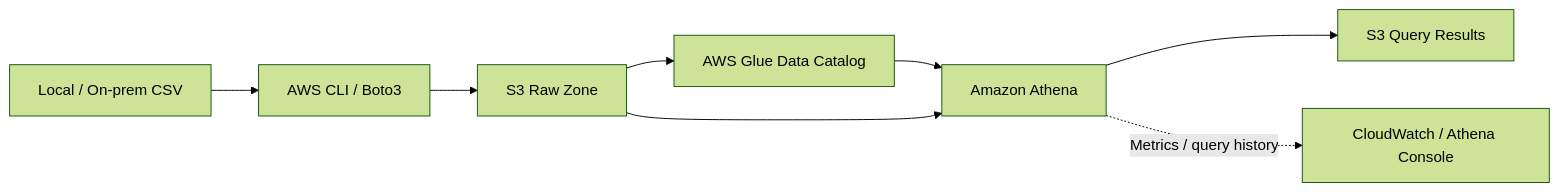
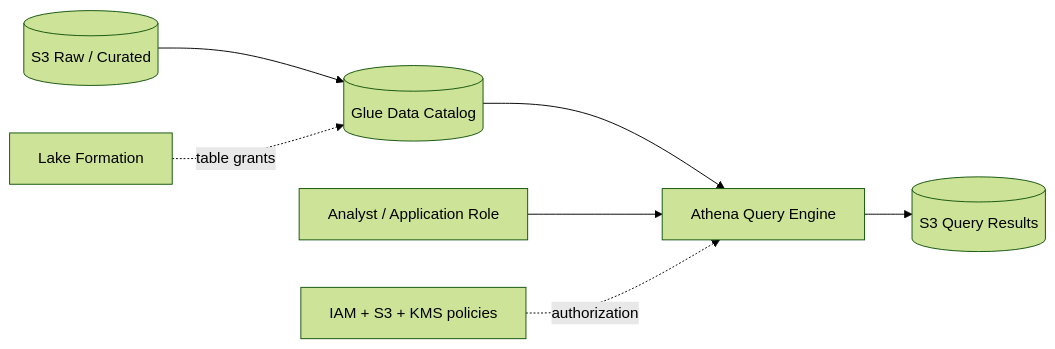
One commit to nguyenngocbinh/aws-usecase-learning-map changed the diagram in docs/aws-services/athena.md. Above: the diagram before and after it, drawn with Mermaid (forest theme). The commit also changed other lines of this file, not shown here.

Commit message:
docs: expand UAT-derived AWS hands-on guidance

```diff
--- a/docs/aws-services/athena.md
+++ b/docs/aws-services/athena.md
@@ -27,10 +30,9 @@
 ~~~mermaid
 flowchart LR
-  SRC["Local / On-prem CSV"] --> UP["AWS CLI / Boto3"]
-  UP --> RAW["S3 Raw Zone"]
-  RAW --> CATALOG["AWS Glue Data Catalog"]
-  CATALOG --> ATHENA["Amazon Athena"]
-  RAW --> ATHENA
-  ATHENA --> RESULT["S3 Query Results"]
-  ATHENA -. "Metrics / query history" .-> CW["CloudWatch / Athena Console"]
+  S3[("S3 Raw / Curated")] --> CAT[("Glue Data Catalog")]
+  CAT --> ATH["Athena Query Engine"]
+  USER["Analyst / Application Role"] --> ATH
+  ATH --> RESULT[("S3 Query Results")]
+  LF["Lake Formation"] -. table grants .-> CAT
+  IAM["IAM + S3 + KMS policies"] -. authorization .-> ATH
 ~~~
```
